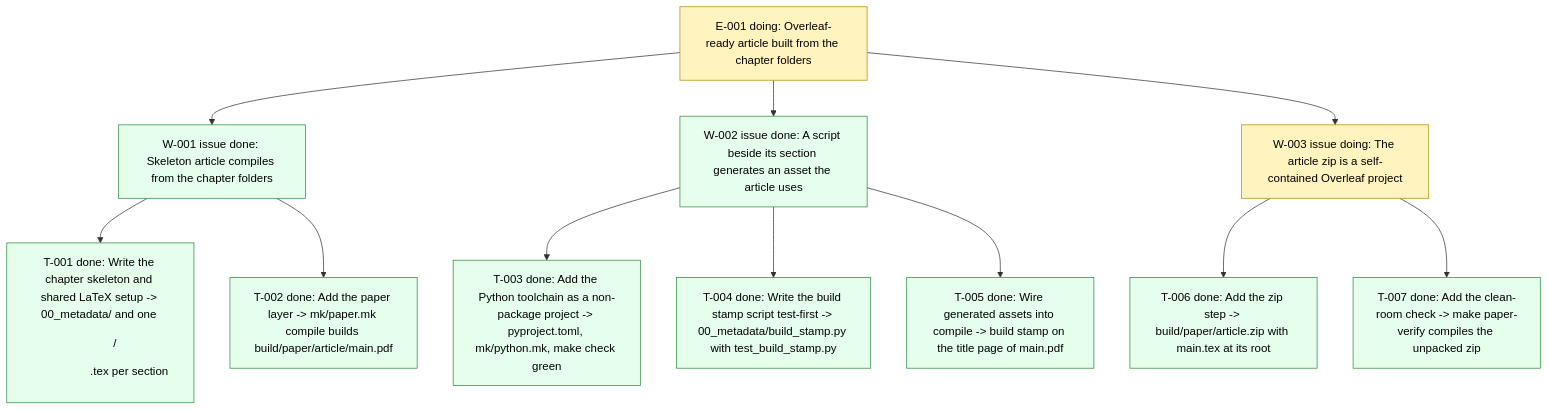
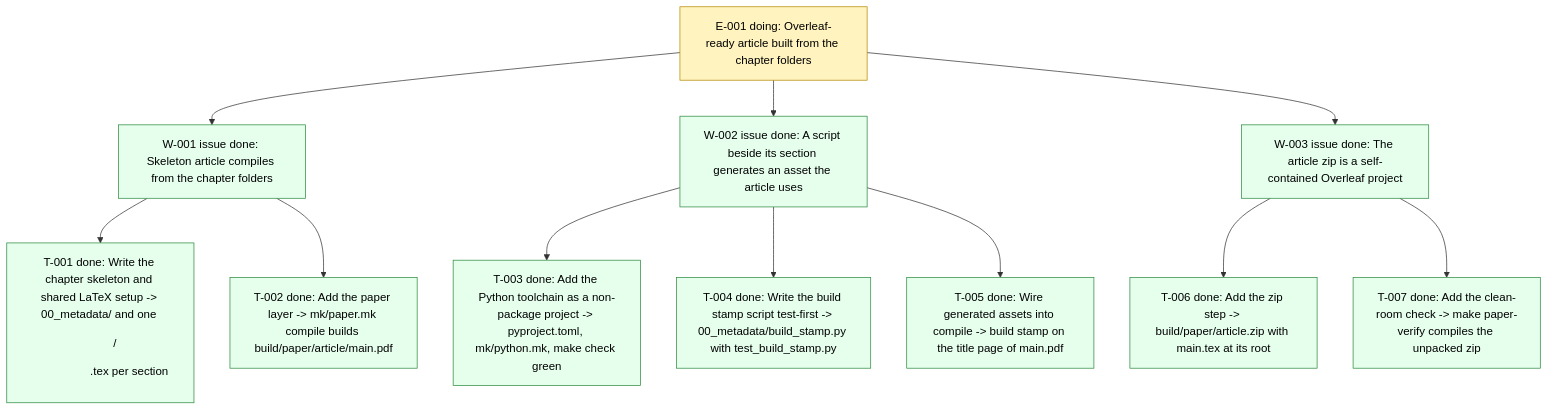
Before and after one commit to dpopchev/surrogate-models: the diagram in .board/BOARD.md, drawn with Mermaid. The commit also changed other lines of this file and 1 other file, not shown here.

Commit message:
chore: close W-003 on the board
Refs: W-003

````diff
--- a/.board/BOARD.md
+++ b/.board/BOARD.md
@@ -26,21 +26,21 @@
 ```mermaid
 flowchart TD
   E001["E-001 doing: Overleaf-ready article built from the chapter folders"]
   E001 --> W001["W-001 issue done: Skeleton article compiles from the chapter folders"]
   W001 --> T001["T-001 done: Write the chapter skeleton and shared LaTeX setup -> 00_metadata/ and one <dir>/<dir>.tex per section"]
   W001 --> T002["T-002 done: Add the paper layer -> mk/paper.mk compile builds build/paper/article/main.pdf"]
   E001 --> W002["W-002 issue done: A script beside its section generates an asset the article uses"]
   W002 --> T003["T-003 done: Add the Python toolchain as a non-package project -> pyproject.toml, mk/python.mk, make check green"]
   W002 --> T004["T-004 done: Write the build stamp script test-first -> 00_metadata/build_stamp.py with test_build_stamp.py"]
   W002 --> T005["T-005 done: Wire generated assets into compile -> build stamp on the title page of main.pdf"]
-  E001 --> W003["W-003 issue doing: The article zip is a self-contained Overleaf project"]
+  E001 --> W003["W-003 issue done: The article zip is a self-contained Overleaf project"]
   W003 --> T006["T-006 done: Add the zip step -> build/paper/article.zip with main.tex at its root"]
   W003 --> T007["T-007 done: Add the clean-room check -> make paper-verify compiles the unpacked zip"]
   classDef doing fill:#fff3bf,stroke:#b58900,color:#000;
   classDef blocked fill:#ffe3e3,stroke:#c92a2a,color:#000;
   classDef done fill:#e6ffed,stroke:#2b8a3e,color:#000;
   classDef todo fill:#f8f9fa,stroke:#868e96,color:#000;
   classDef pruned fill:#f1f3f5,stroke:#adb5bd,color:#000;
-  class E001,W003 doing
-  class W001,T001,T002,W002,T003,T004,T005,T006,T007 done
+  class E001 doing
+  class W001,T001,T002,W002,T003,T004,T005,W003,T006,T007 done
 ```
````
